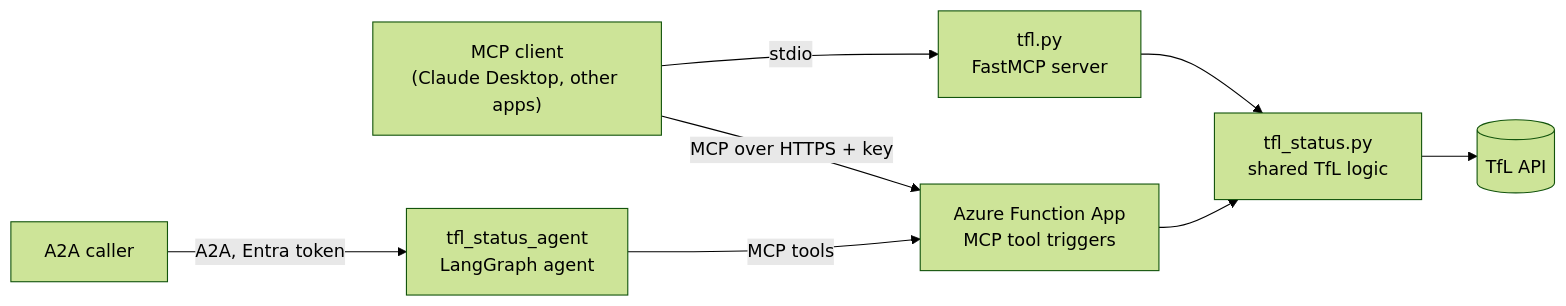
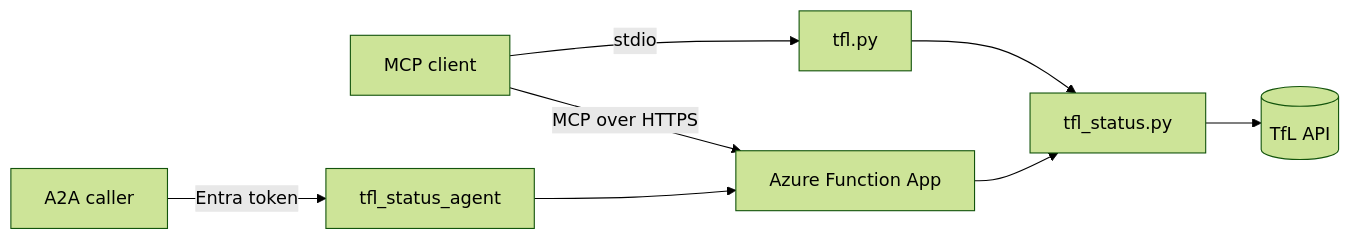
One commit to Fredheda/tfl-mcp changed the diagram in README.md. Above: the diagram before and after it, drawn with Mermaid (forest theme). The commit also changed other lines of this file and 1 other file, not shown here.

````diff
--- a/README.md
+++ b/README.md
@@ -23,10 +21,10 @@
 ```mermaid
 flowchart LR
-    Client["MCP client<br/>(Claude Desktop, other apps)"] -->|stdio| Local["tfl.py<br/>FastMCP server"]
-    Client -->|MCP over HTTPS + key| Func["Azure Function App<br/>MCP tool triggers"]
-    Caller["A2A caller"] -->|A2A, Entra token| Agent["tfl_status_agent<br/>LangGraph agent"]
-    Agent -->|MCP tools| Func
-    Local --> Core["tfl_status.py<br/>shared TfL logic"]
+    Client["MCP client"] -->|stdio| Local["tfl.py"]
+    Client -->|MCP over HTTPS| Func["Azure Function App"]
+    Caller["A2A caller"] -->|Entra token| Agent["tfl_status_agent"]
+    Agent --> Func
+    Local --> Core["tfl_status.py"]
     Func --> Core
     Core --> TfL[("TfL API")]
 ```
````
